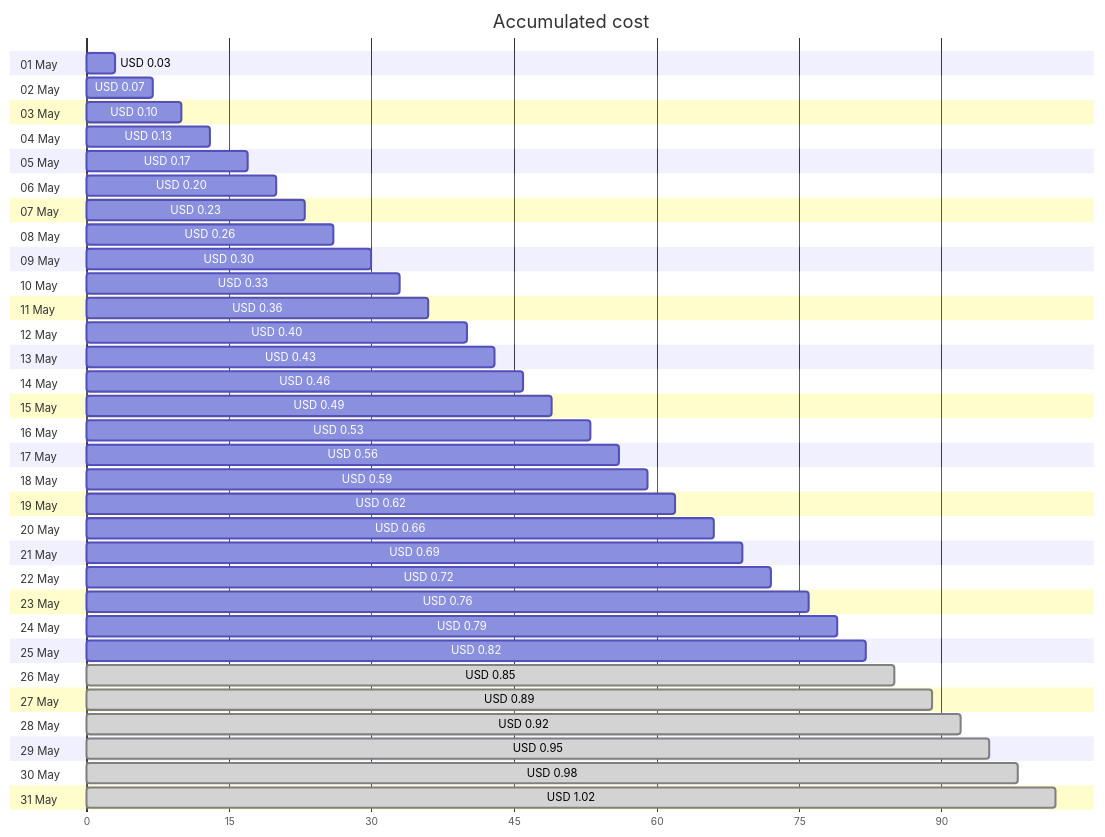
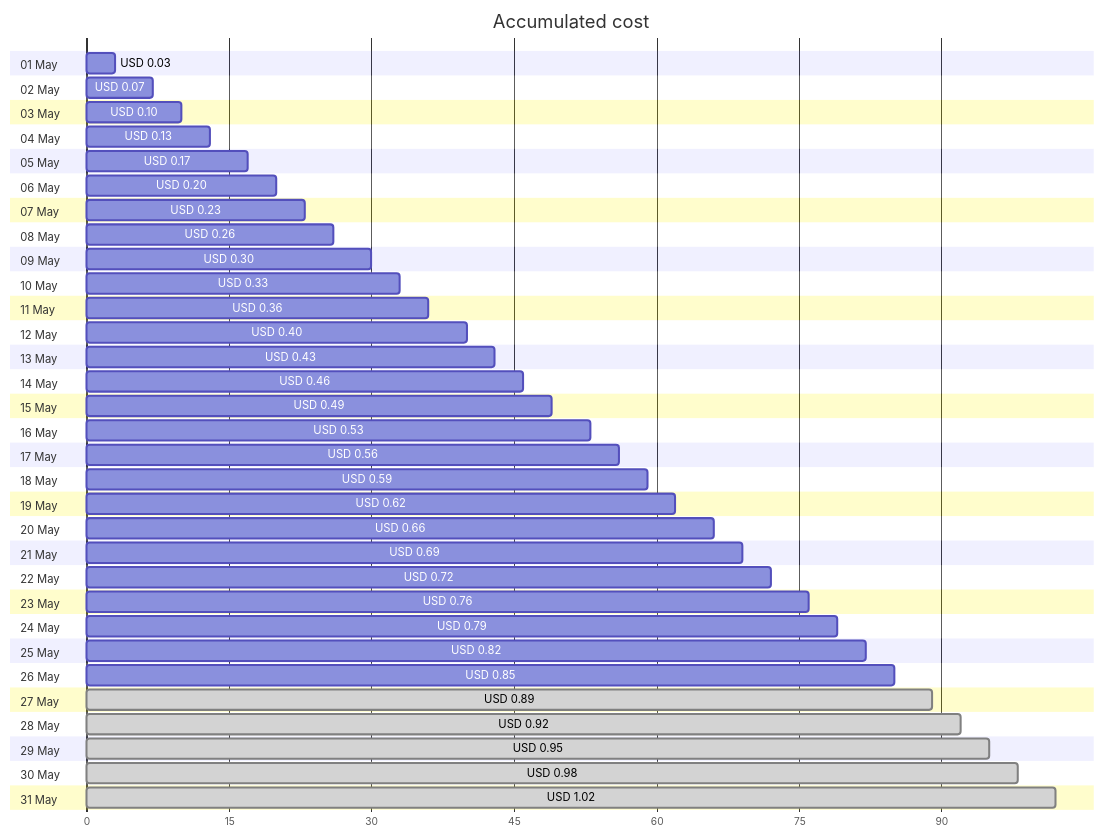
The first of 4 diagrams in cost-reports/personal-dns/README.md (jpfulton/azure-personal-reports), drawn with Mermaid before and after one commit. The commit also changed other lines of this file and 2 other files, not shown here.

````diff
--- a/cost-reports/personal-dns/README.md
+++ b/cost-reports/personal-dns/README.md
@@ -20,68 +20,68 @@
 ```mermaid
 gantt
    title Accumulated cost
    dateFormat  X
    axisFormat %s
    section 01 May
    USD 0.03 :0, 3
    section 02 May
    USD 0.07 :0, 7
    section 03 May
    USD 0.10 :0, 10
    section 04 May
    USD 0.13 :0, 13
    section 05 May
    USD 0.17 :0, 17
    section 06 May
    USD 0.20 :0, 20
    section 07 May
    USD 0.23 :0, 23
    section 08 May
    USD 0.26 :0, 26
    section 09 May
    USD 0.30 :0, 30
    section 10 May
    USD 0.33 :0, 33
    section 11 May
    USD 0.36 :0, 36
    section 12 May
    USD 0.40 :0, 40
    section 13 May
    USD 0.43 :0, 43
    section 14 May
    USD 0.46 :0, 46
    section 15 May
    USD 0.49 :0, 49
    section 16 May
    USD 0.53 :0, 53
    section 17 May
    USD 0.56 :0, 56
    section 18 May
    USD 0.59 :0, 59
    section 19 May
    USD 0.62 :0, 62
    section 20 May
    USD 0.66 :0, 66
    section 21 May
    USD 0.69 :0, 69
    section 22 May
    USD 0.72 :0, 72
    section 23 May
    USD 0.76 :0, 76
    section 24 May
    USD 0.79 :0, 79
    section 25 May
    USD 0.82 :0, 82
    section 26 May
-   USD 0.85 : done, 0, 85
+   USD 0.85 :0, 85
    section 27 May
    USD 0.89 : done, 0, 89
    section 28 May
    USD 0.92 : done, 0, 92
    section 29 May
    USD 0.95 : done, 0, 95
    section 30 May
    USD 0.98 : done, 0, 98
    section 31 May
    USD 1.02 : done, 0, 102
 ```
````
